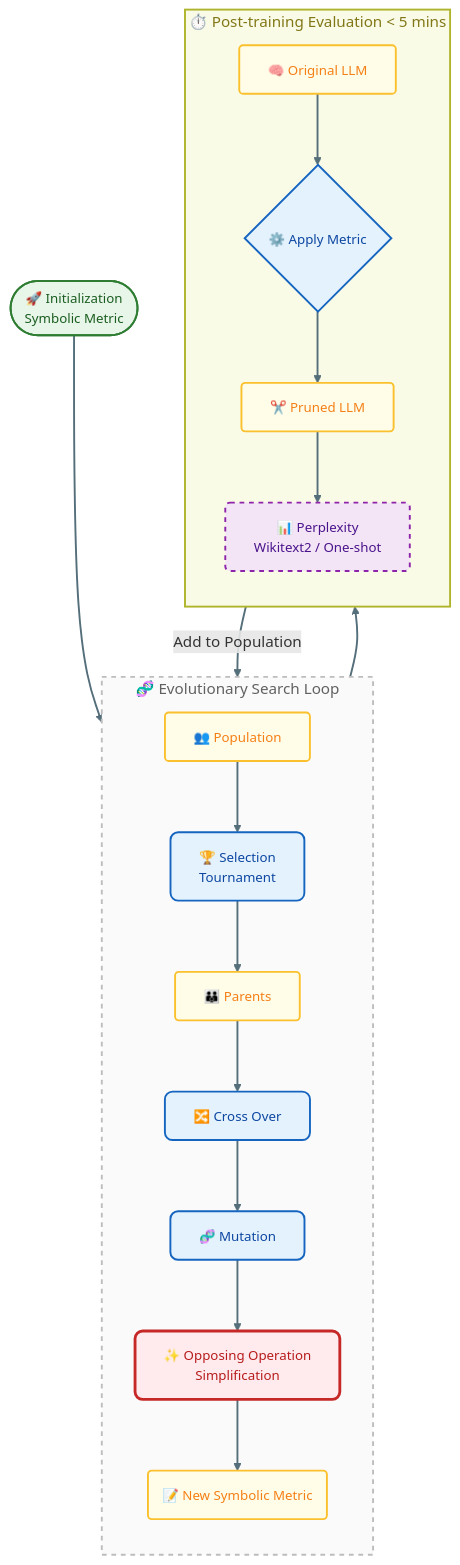
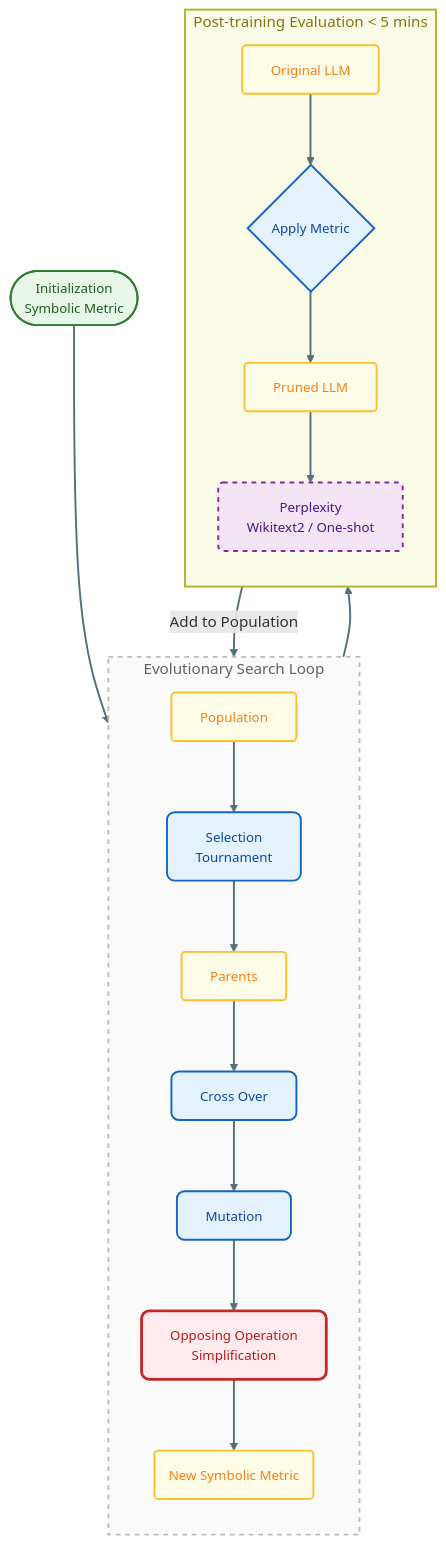
Before and after one commit to L-chen666/Pruner-Zero-1: the diagram in report.md, drawn with Mermaid. The commit also changed other lines of this file, not shown here.

````diff
--- a/report.md
+++ b/report.md
@@ -23,63 +23,63 @@
 ```mermaid
 graph TB
     %% --- 样式定义 ---
     classDef default font-family:'Segoe UI',Arial,sans-serif,font-size:14px;
     
     %% 核心过程节点 (蓝色系)
     classDef process fill:#e3f2fd,stroke:#1565c0,stroke-width:2px,rx:8,ry:8,color:#0d47a1;
     %% 数据/对象节点 (黄色系)
     classDef data fill:#fffde7,stroke:#fbc02d,stroke-width:2px,rx:4,ry:4,color:#f57f17;
     %% 开始/结束节点 (绿色系)
     classDef start fill:#e8f5e9,stroke:#2e7d32,stroke-width:2px,rx:20,ry:20,color:#1b5e20;
     %% 评估/指标节点 (紫色系)
     classDef metric fill:#f3e5f5,stroke:#8e24aa,stroke-width:2px,stroke-dasharray: 5 5,rx:5,ry:5,color:#4a148c;
     %% 关键创新点 (红色系)
     classDef highlight fill:#ffebee,stroke:#c62828,stroke-width:3px,rx:8,ry:8,color:#b71c1c;
 
     %% --- 1. 初始化 ---
-    Init([🚀 Initialization<br/>Symbolic Metric]):::start
+    Init([ Initialization<br/>Symbolic Metric]):::start
 
     %% --- 2. 进化循环 ---
-    subgraph EvoLoop [🧬 Evolutionary Search Loop]
+    subgraph EvoLoop [ Evolutionary Search Loop]
         direction TB
         style EvoLoop fill:#fafafa,stroke:#bdbdbd,stroke-width:2px,stroke-dasharray: 5 5,color:#616161
         
-        Pop[👥 Population]:::data
-        Select[🏆 Selection<br/>Tournament]:::process
-        Parents[👪 Parents]:::data
-        Cross[🔀 Cross Over]:::process
-        Mut[🧬 Mutation]:::process
-        Simp[✨ Opposing Operation<br/>Simplification]:::highlight
-        NewSym(📝 New Symbolic Metric):::data
+        Pop[ Population]:::data
+        Select[ Selection<br/>Tournament]:::process
+        Parents[ Parents]:::data
+        Cross[ Cross Over]:::process
+        Mut[ Mutation]:::process
+        Simp[ Opposing Operation<br/>Simplification]:::highlight
+        NewSym( New Symbolic Metric):::data
 
         Pop --> Select
         Select --> Parents
         Parents --> Cross
         Cross --> Mut
         Mut --> Simp
         Simp --> NewSym
     end
 
     %% --- 3. 评估 ---
-    subgraph Eval [⏱️ Post-training Evaluation < 5 mins]
+    subgraph Eval [ Post-training Evaluation < 5 mins]
         direction TB
         style Eval fill:#f9fbe7,stroke:#afb42b,stroke-width:2px,color:#827717
         
-        LLM[🧠 Original LLM]:::data
-        Pruned[✂️ Pruned LLM]:::data
-        Calc{⚙️ Apply Metric}:::process
-        Score[📊 Perplexity<br/>Wikitext2 / One-shot]:::metric
+        LLM[ Original LLM]:::data
+        Pruned[ Pruned LLM]:::data
+        Calc{ Apply Metric}:::process
+        Score[ Perplexity<br/>Wikitext2 / One-shot]:::metric
 
         LLM --> Calc
         Calc --> Pruned
         Pruned --> Score
     end
 
     %% --- 连接关系 ---
     Init ==> Pop
     NewSym ==> Calc
     Score == "Add to Population" ==> Pop
 
     %% 调整连线样式
     linkStyle default stroke:#546e7a,stroke-width:2px,fill:none;
 ```
````
